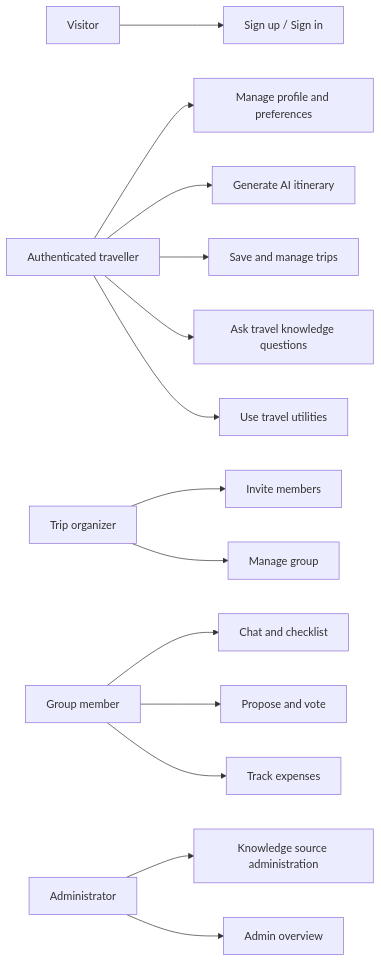
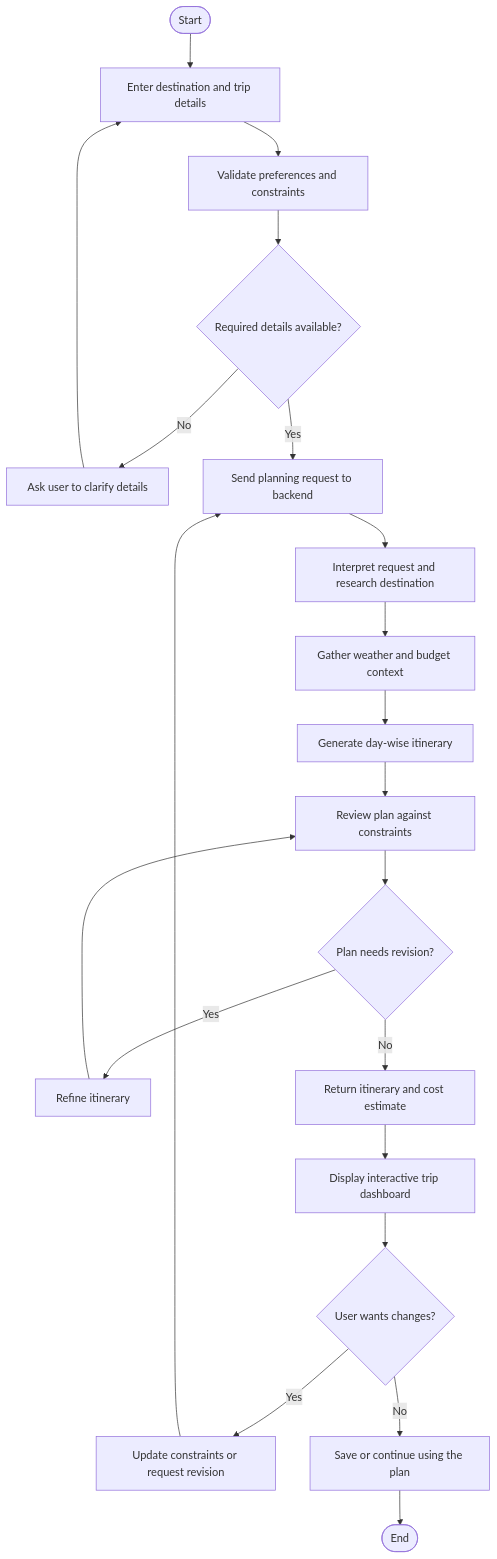
Before and after one commit to patilshrutika1803/Grevix_AITripWeaver: the first of 7 diagrams in README.md, drawn with Mermaid. The commit also changed other lines of this file, not shown here.

Commit message:
docs: refine PACK & GO problem statement and SRS

````diff
--- a/README.md
+++ b/README.md
@@ -90,16 +210,23 @@
 ```mermaid
-flowchart LR
-  V[Visitor] --> A[Sign up / Sign in]
-  U[Authenticated traveller] --> P[Manage profile and preferences]
-  U --> G[Generate AI itinerary]
-  U --> T[Save and manage trips]
-  U --> K[Ask travel knowledge questions]
-  U --> X[Use travel utilities]
-  O[Trip organizer] --> I[Invite members]
-  O --> M[Manage group]
-  MBR[Group member] --> C[Chat and checklist]
-  MBR --> D[Propose and vote]
-  MBR --> E[Track expenses]
-  AD[Administrator] --> N[Knowledge source administration]
-  AD --> R[Admin overview]
+flowchart TD
+    A([Start]) --> B[Enter destination and trip details]
+    B --> C[Validate preferences and constraints]
+    C --> D{Required details available?}
+    D -- No --> E[Ask user to clarify details]
+    E --> B
+    D -- Yes --> F[Send planning request to backend]
+    F --> G[Interpret request and research destination]
+    G --> H[Gather weather and budget context]
+    H --> I[Generate day-wise itinerary]
+    I --> J[Review plan against constraints]
+    J --> K{Plan needs revision?}
+    K -- Yes --> L[Refine itinerary]
+    L --> J
+    K -- No --> M[Return itinerary and cost estimate]
+    M --> N[Display interactive trip dashboard]
+    N --> O{User wants changes?}
+    O -- Yes --> P[Update constraints or request revision]
+    P --> F
+    O -- No --> Q[Save or continue using the plan]
+    Q --> R([End])
 ```
````
